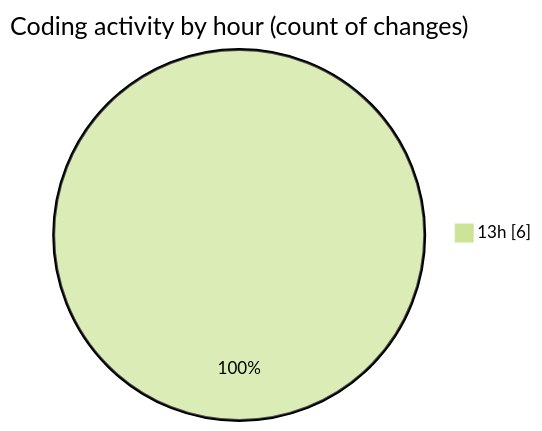
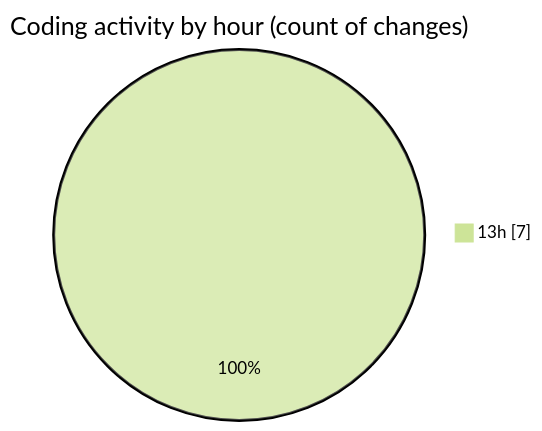
Before and after one commit to BS-eng2023/code-tracking: the second of 2 diagrams in 2025-04-03/jsvms/README.md, drawn with Mermaid (forest theme). The commit also changed other lines of this file and 1 other file, not shown here.

````diff
--- a/2025-04-03/jsvms/README.md
+++ b/2025-04-03/jsvms/README.md
@@ -31,5 +31,5 @@
 ```mermaid
 pie showData
 title Coding activity by hour (count of changes)
-"13h" : 6
+"13h" : 7
 ```
````
